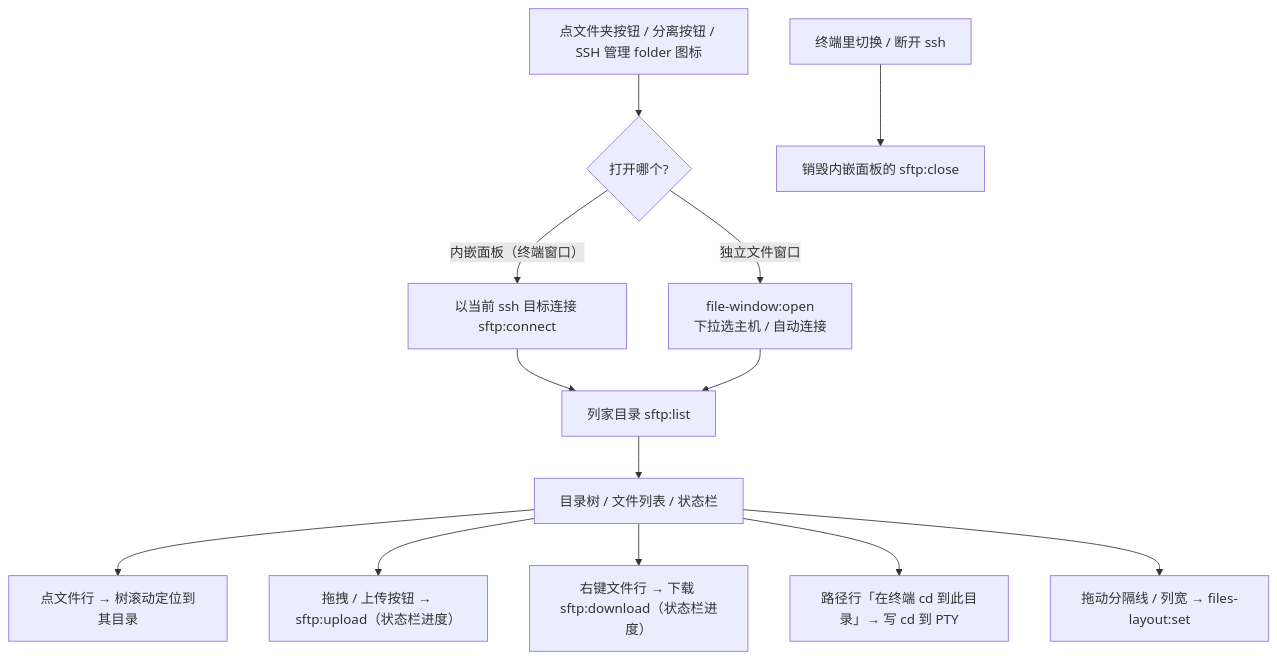
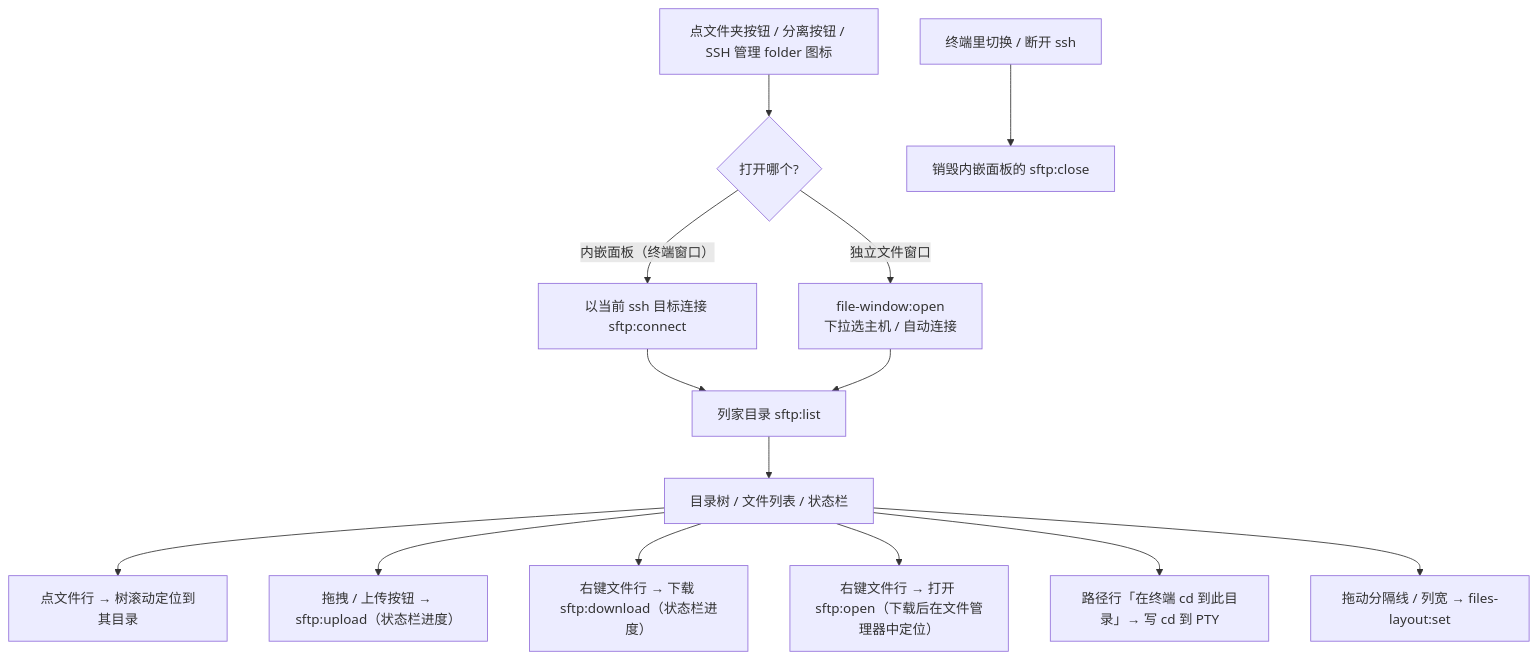
One commit to o8x/ships changed the fifth of 5 diagrams in docs/PRD.md. Above: the diagram before and after it, drawn with Mermaid. The commit also changed other lines of this file and 4 other files, not shown here.

````diff
--- a/docs/PRD.md
+++ b/docs/PRD.md
@@ -458,15 +459,16 @@
 ```mermaid
 flowchart TD
   A[点文件夹按钮 / 分离按钮 / SSH 管理 folder 图标] --> B{打开哪个?}
   B -- 内嵌面板（终端窗口） --> C[以当前 ssh 目标连接 sftp:connect]
   B -- 独立文件窗口 --> D[file-window:open<br/>下拉选主机 / 自动连接]
   C --> E[列家目录 sftp:list]
   D --> E
   E --> F[目录树 / 文件列表 / 状态栏]
   F --> G[点文件行 → 树滚动定位到其目录]
   F --> H[拖拽 / 上传按钮 → sftp:upload（状态栏进度）]
   F --> I[右键文件行 → 下载 sftp:download（状态栏进度）]
+  F --> I2[右键文件行 → 打开 sftp:open（下载后在文件管理器中定位）]
   F --> J[路径行「在终端 cd 到此目录」→ 写 cd 到 PTY]
   F --> K[拖动分隔线 / 列宽 → files-layout:set]
   L[终端里切换 / 断开 ssh] --> M[销毁内嵌面板的 sftp:close]
 ```
````
